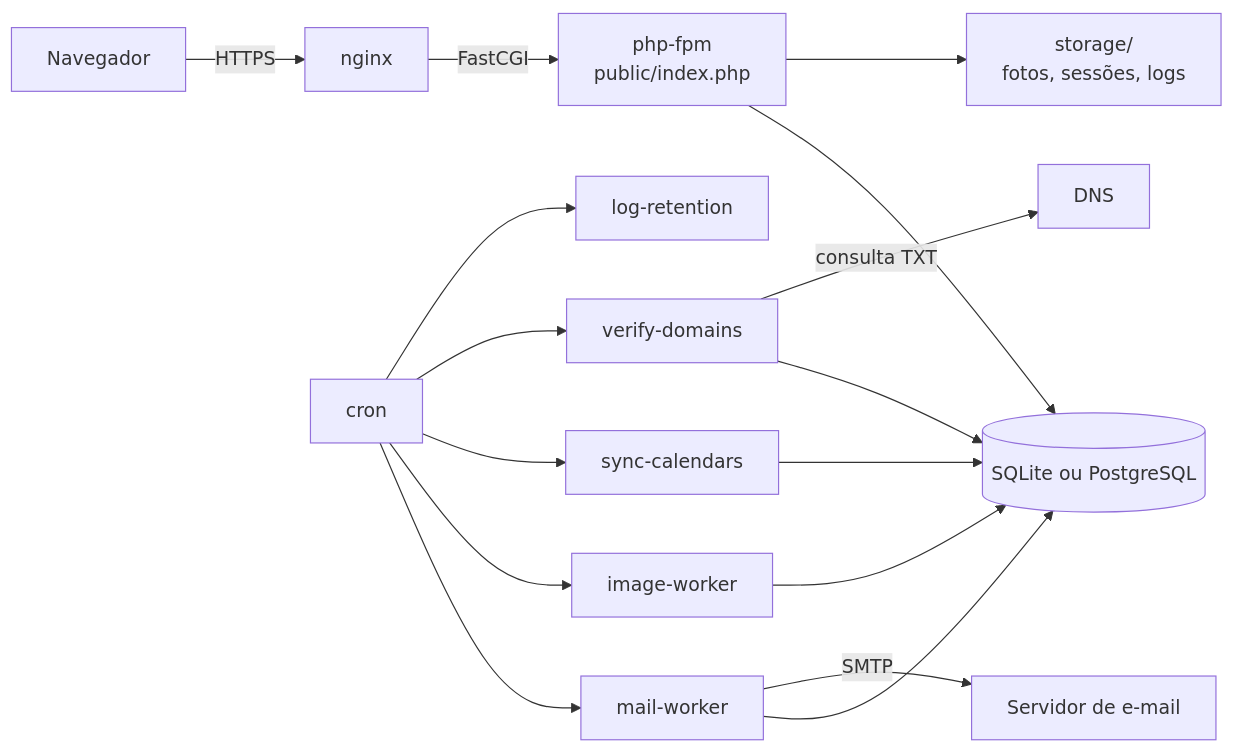
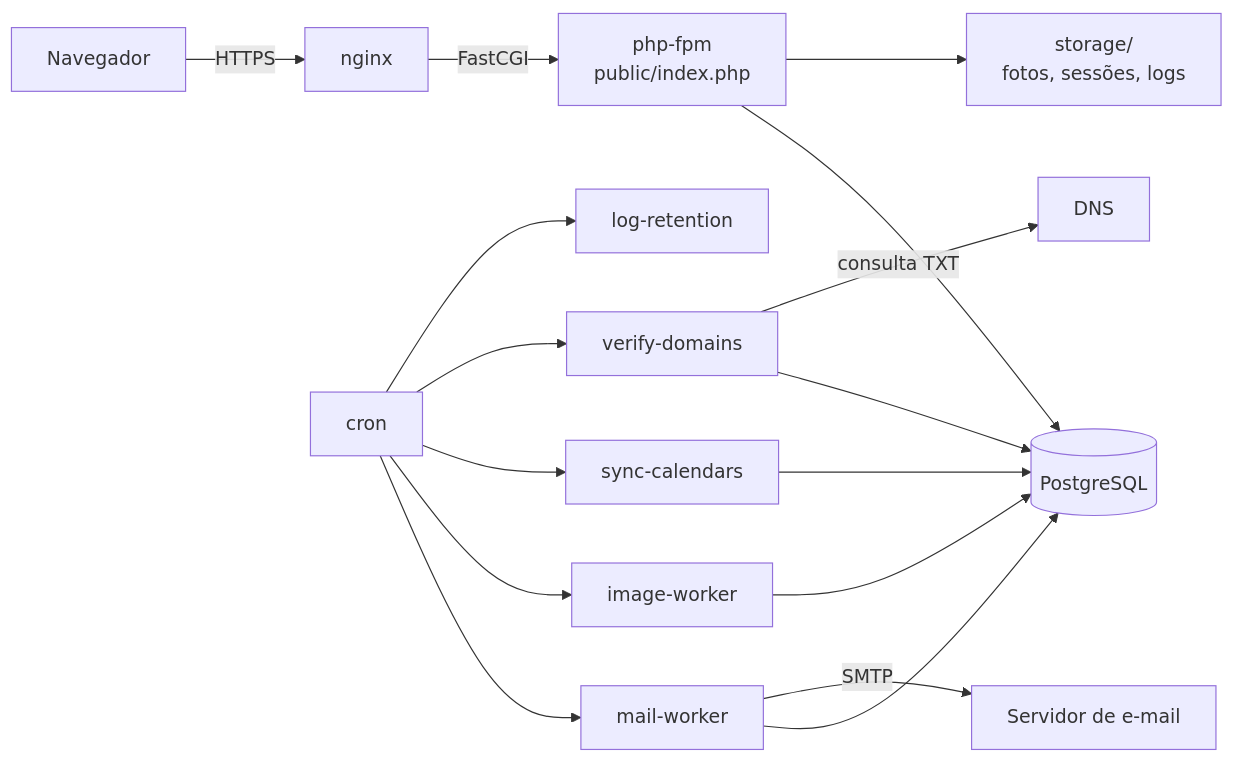
Before and after one commit to rieiro/casalivre: the first of 12 diagrams in docs/arquitetura.md, drawn with Mermaid. The commit also changed other lines of this file and 12 other files, not shown here.

Commit message:
docs: PostgreSQL only; SQLite and MongoDB dropped (Rafael, 2026-10-21)

````diff
--- a/docs/arquitetura.md
+++ b/docs/arquitetura.md
@@ -48,18 +48,18 @@
 ```mermaid
 flowchart LR
     V["Navegador"] -->|HTTPS| N["nginx"]
     N -->|FastCGI| P["php-fpm<br/>public/index.php"]
-    P --> DB[("SQLite ou PostgreSQL")]
+    P --> DB[("PostgreSQL")]
     P --> FS["storage/<br/>fotos, sessões, logs"]
     C["cron"] --> W1["mail-worker"]
     C --> W2["image-worker"]
     C --> W3["sync-calendars"]
     C --> W4["verify-domains"]
     C --> W5["log-retention"]
     W1 --> DB
     W2 --> DB
     W3 --> DB
     W4 --> DB
     W1 -->|SMTP| M["Servidor de e-mail"]
     W4 -->|"consulta TXT"| D["DNS"]
 ```
````
